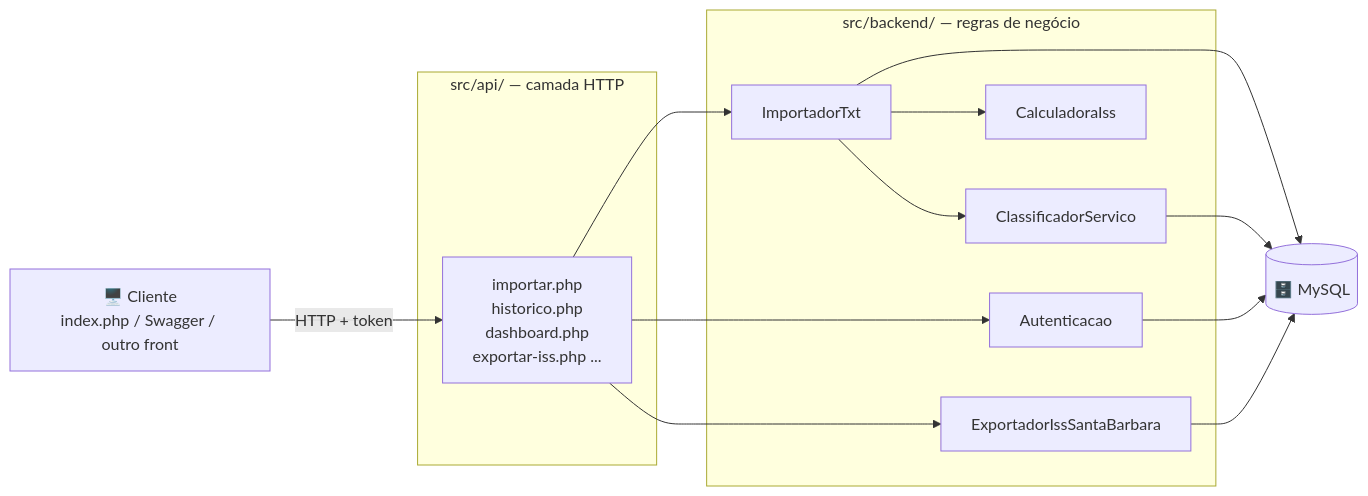
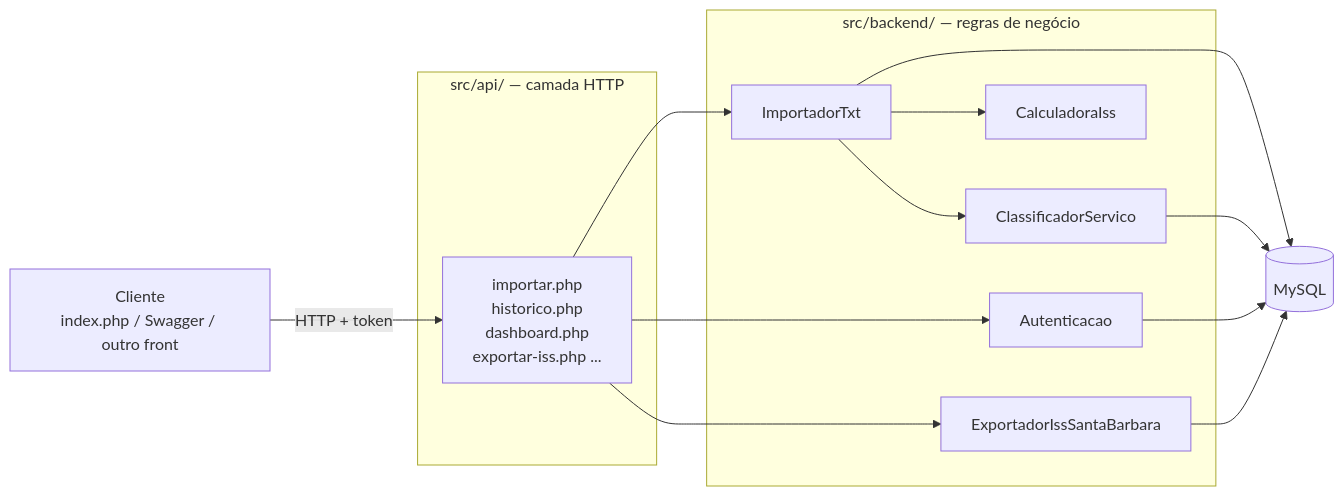
One commit to vinicius-31008/ISS_back changed the first of 3 diagrams in README.md. Above: the diagram before and after it, drawn with Mermaid. The commit also changed other lines of this file, not shown here.

````diff
--- a/README.md
+++ b/README.md
@@ -196,20 +196,20 @@
 ```mermaid
 flowchart LR
-    A[🖥️ Cliente<br/>index.php / Swagger / outro front] -->|HTTP + token| B
+    A[ Cliente<br/>index.php / Swagger / outro front] -->|HTTP + token| B
 
     subgraph API ["src/api/ — camada HTTP"]
         B[importar.php<br/>historico.php<br/>dashboard.php<br/>exportar-iss.php ...]
     end
 
     subgraph REGRAS ["src/backend/ — regras de negócio"]
         C[ImportadorTxt]
         D[ClassificadorServico]
         E[CalculadoraIss]
         F[Autenticacao]
         G[ExportadorIssSantaBarbara]
     end
 
     B --> C & F & G
     C --> D & E
-    C & D & F & G --> H[(🗄️ MySQL)]
+    C & D & F & G --> H[( MySQL)]
 ```
````
